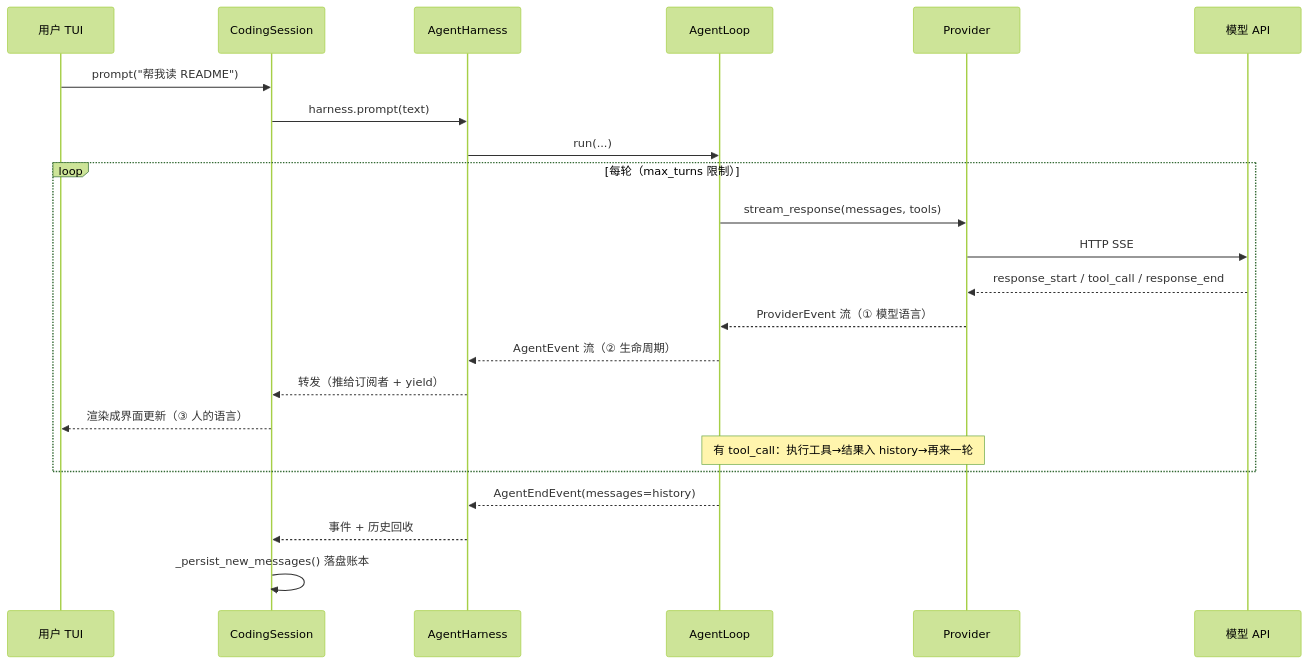
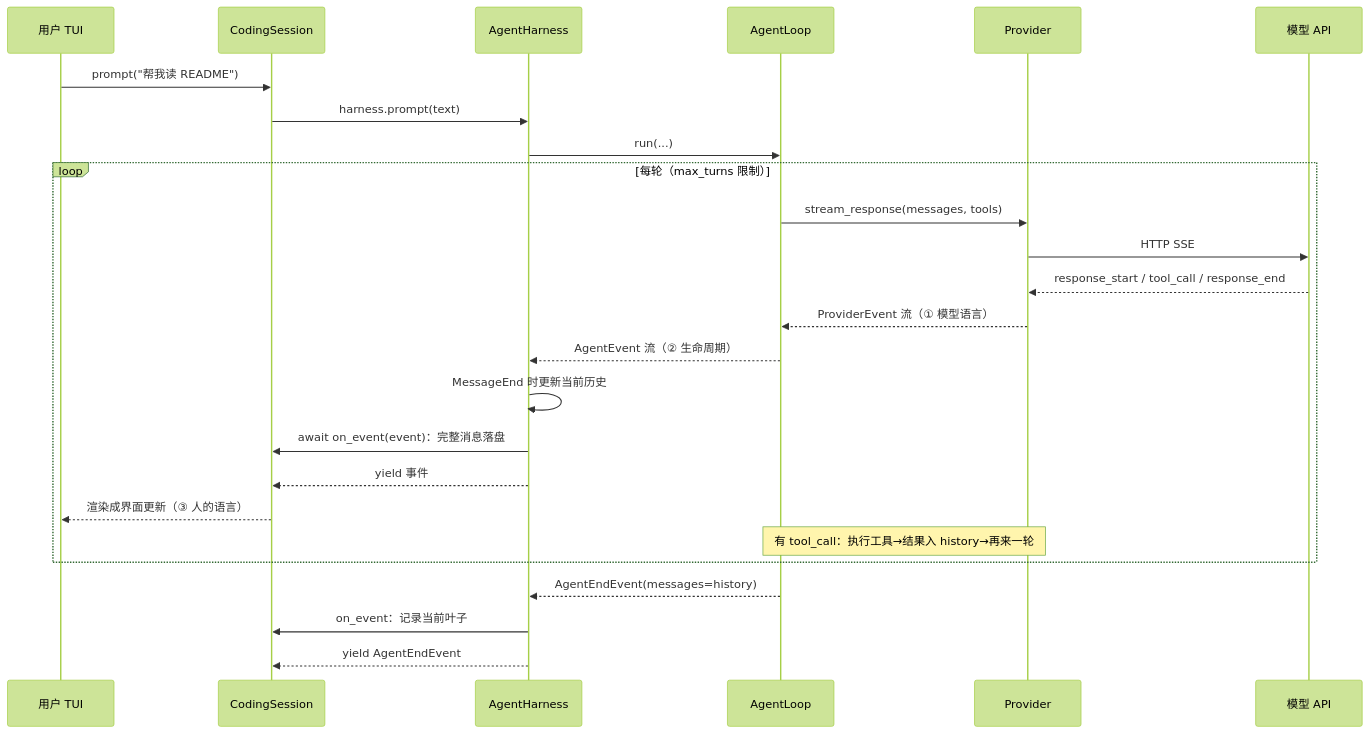
Before and after one commit to s0meb0dy3/nexa: the first of 6 diagrams in dev-notes/architecture-walkthrough.md, drawn with Mermaid (forest theme). The commit also changed other lines of this file and 25 other files, not shown here.

````diff
--- a/dev-notes/architecture-walkthrough.md
+++ b/dev-notes/architecture-walkthrough.md
@@ -10,26 +10,28 @@
 ```mermaid
 sequenceDiagram
     participant U as 用户 TUI
     participant CS as CodingSession
     participant H as AgentHarness
     participant L as AgentLoop
     participant P as Provider
     participant API as 模型 API
 
     U->>CS: prompt("帮我读 README")
     CS->>H: harness.prompt(text)
     H->>L: run(...)
     loop 每轮（max_turns 限制）
         L->>P: stream_response(messages, tools)
         P->>API: HTTP SSE
         API-->>P: response_start / tool_call / response_end
         P-->>L: ProviderEvent 流（① 模型语言）
         L-->>H: AgentEvent 流（② 生命周期）
-        H-->>CS: 转发（推给订阅者 + yield）
+        H->>H: MessageEnd 时更新当前历史
+        H->>CS: await on_event(event)：完整消息落盘
+        H-->>CS: yield 事件
         CS-->>U: 渲染成界面更新（③ 人的语言）
         Note over L,P: 有 tool_call：执行工具→结果入 history→再来一轮
     end
     L-->>H: AgentEndEvent(messages=history)
-    H-->>CS: 事件 + 历史回收
-    CS->>CS: _persist_new_messages() 落盘账本
+    H->>CS: on_event：记录当前叶子
+    H-->>CS: yield AgentEndEvent
 ```
````
